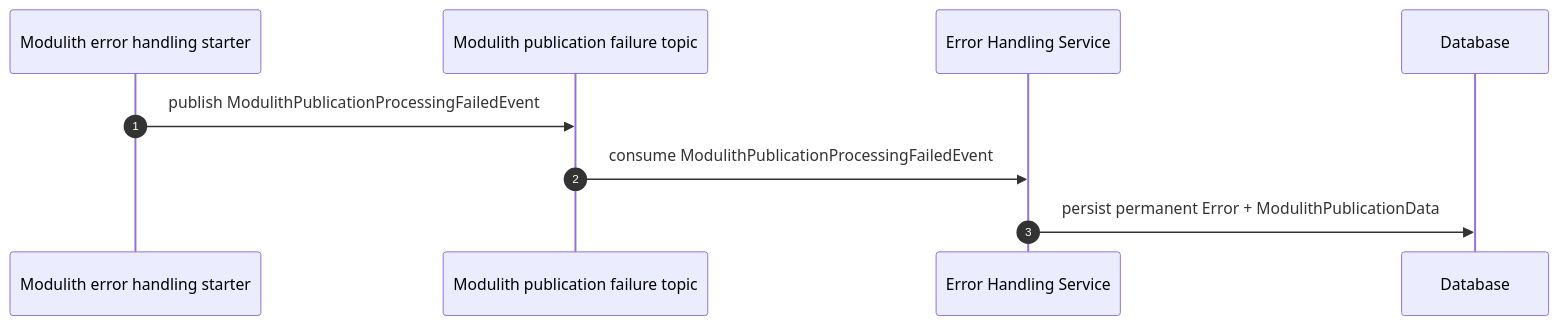
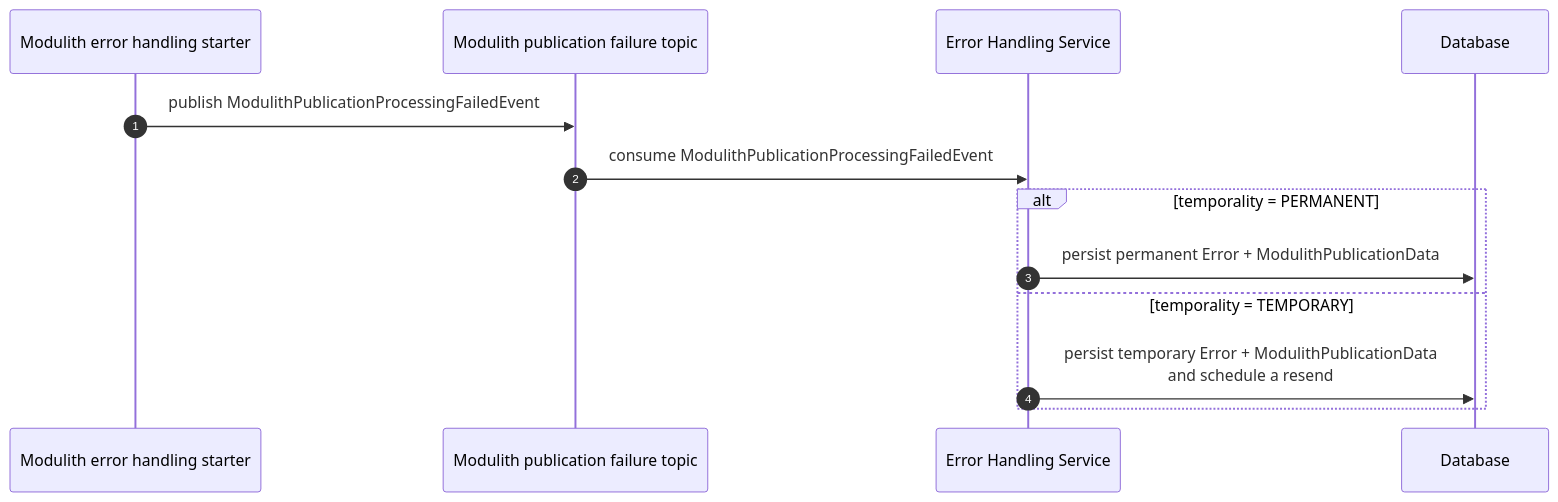
Before and after one commit to jeap-admin-ch/jeap-error-handling: the second of 5 diagrams in docs/message-flows.md, drawn with Mermaid. The commit also changed other lines of this file and 11 other files, not shown here.

First line of the commit message:
JEAP-7448 Retry temporary Modulith publication failures

````diff
--- a/docs/message-flows.md
+++ b/docs/message-flows.md
@@ -56,12 +67,16 @@
 ```mermaid
 sequenceDiagram
     autonumber
     participant Starter as Modulith error handling starter
     participant FailureTopic as Modulith publication failure topic
     participant EHS as Error Handling Service
     participant DB as Database
 
     Starter->>FailureTopic: publish ModulithPublicationProcessingFailedEvent
     FailureTopic->>EHS: consume ModulithPublicationProcessingFailedEvent
-    EHS->>DB: persist permanent Error + ModulithPublicationData
+    alt temporality = PERMANENT
+        EHS->>DB: persist permanent Error + ModulithPublicationData
+    else temporality = TEMPORARY
+        EHS->>DB: persist temporary Error + ModulithPublicationData<br/>and schedule a resend
+    end
 ```
````
